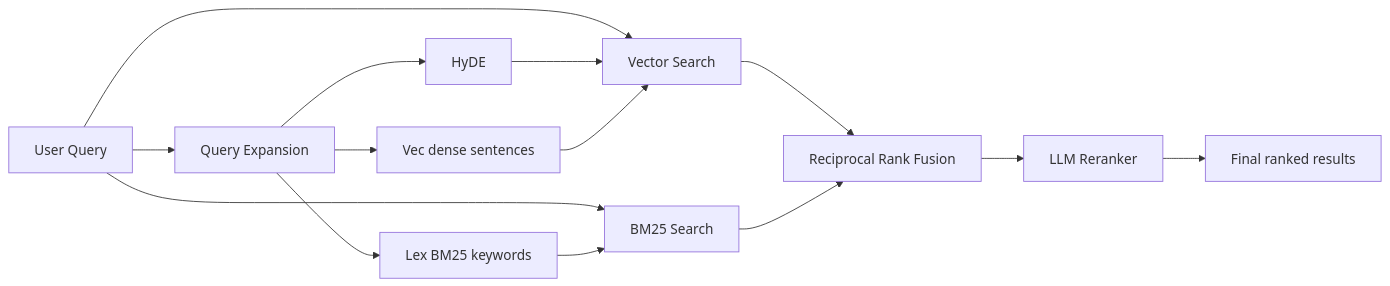
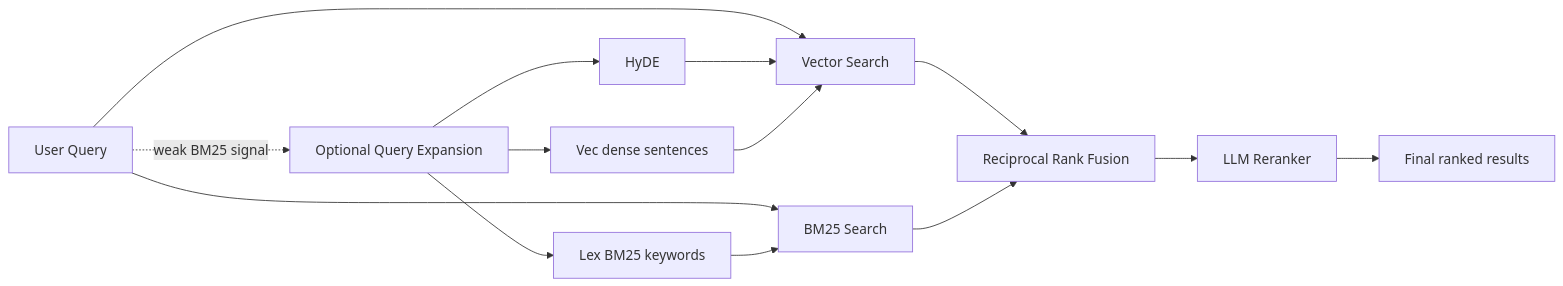
The diagram in README.md (unblocklabs-ai/qmd), drawn with Mermaid before and after one commit. The commit also changed other lines of this file and 4 other files, not shown here.

````diff
--- a/README.md
+++ b/README.md
@@ -7,16 +9,16 @@
 ```mermaid
 flowchart LR
-  Q[User Query] --> X[Query Expansion]
+  Q[User Query] -. weak BM25 signal .-> X[Optional Query Expansion]
   Q --> FTS[BM25 Search]
   Q --> VS[Vector Search]
   X --> HYDE[HyDE]
   X --> VEC[Vec dense sentences]
   X --> LEX[Lex BM25 keywords]
   HYDE --> VS
   VEC --> VS
   LEX --> FTS
   VS --> RRF[Reciprocal Rank Fusion]
   FTS --> RRF
   RRF --> RR[LLM Reranker]
   RR --> OUT[Final ranked results]
 ```
````
